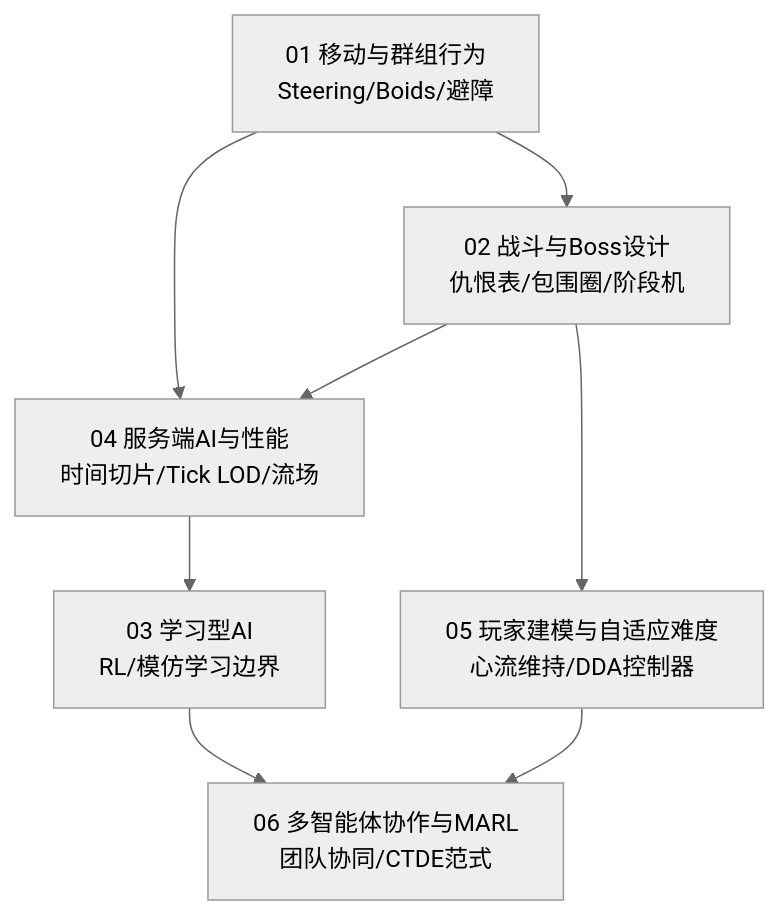
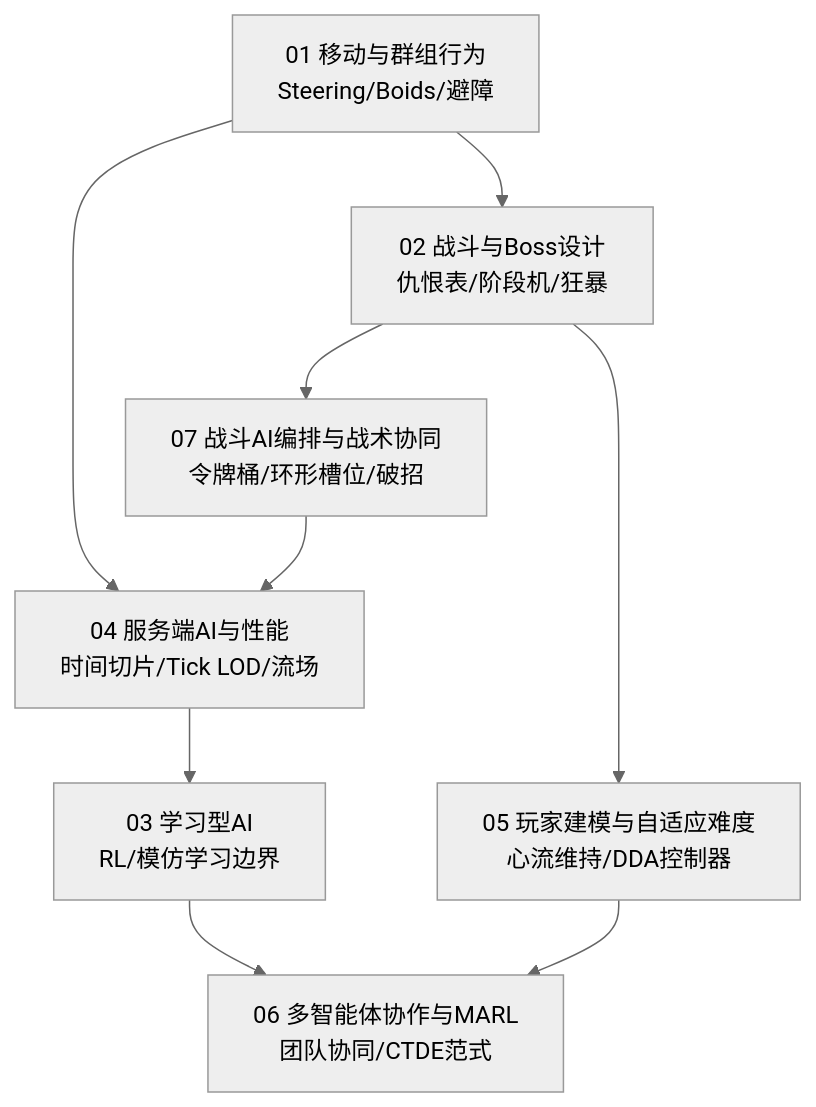
Before and after one commit to fantuan812/learning: the first of 2 diagrams in 游戏AI/02-移动学习与服务端/README.md, drawn with Mermaid (neutral theme). The commit also changed other lines of this file and 20 other files, not shown here.

````diff
--- a/游戏AI/02-移动学习与服务端/README.md
+++ b/游戏AI/02-移动学习与服务端/README.md
@@ -46,10 +48,11 @@
 ```mermaid
 flowchart TD
-    A[01 移动与群组行为<br/>Steering/Boids/避障] --> B[02 战斗与Boss设计<br/>仇恨表/包围圈/阶段机]
+    A[01 移动与群组行为<br/>Steering/Boids/避障] --> B[02 战斗与Boss设计<br/>仇恨表/阶段机/狂暴]
+    B --> G[07 战斗AI编排与战术协同<br/>令牌桶/环形槽位/破招]
     A --> C[04 服务端AI与性能<br/>时间切片/Tick LOD/流场]
-    B --> C
+    G --> C
     B --> D[05 玩家建模与自适应难度<br/>心流维持/DDA控制器]
     C --> E[03 学习型AI<br/>RL/模仿学习边界]
     E --> F[06 多智能体协作与MARL<br/>团队协同/CTDE范式]
     D --> F
 ```
````
